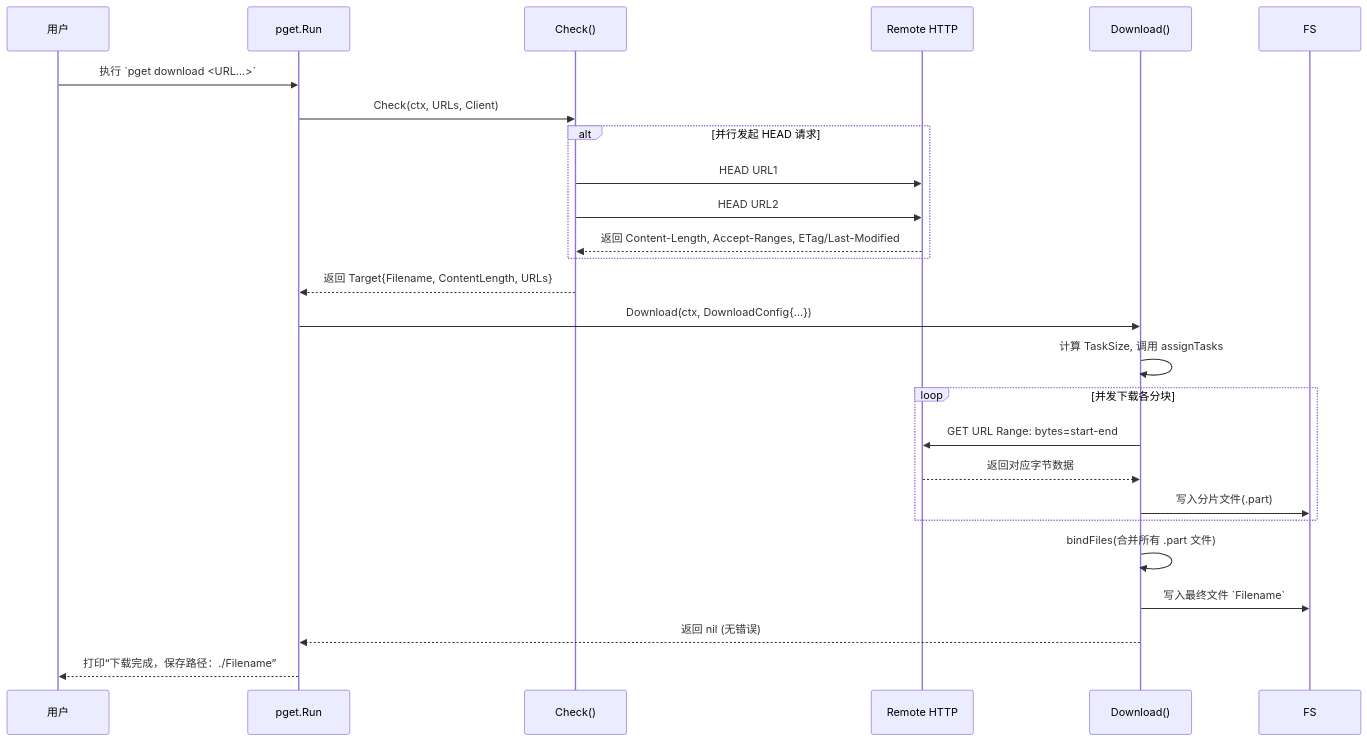
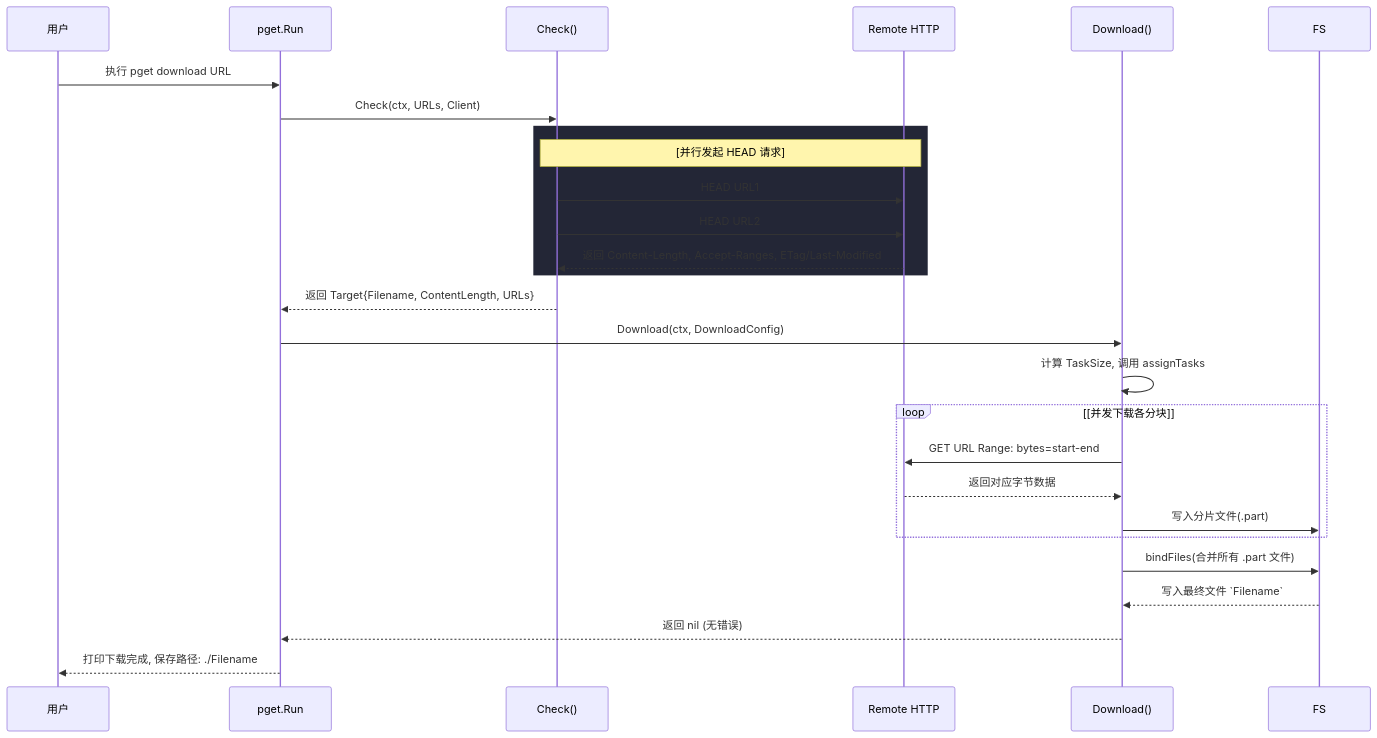
The diagram in posts/2025/pget.md (howard12358/expression), drawn with Mermaid before and after one commit. The commit also changed other lines of this file and 9 other files, not shown here.

Commit message:
feat(mermaid): 支持原生语法并完善多图交互预览

````diff
--- a/posts/2025/pget.md
+++ b/posts/2025/pget.md
@@ -57,29 +54,34 @@
 ```mermaid
 sequenceDiagram
-    participant 用户
-    participant CLI as pget.Run
-    participant Check模块 as Check()
-    participant 远程资源 as Remote HTTP
-    participant Download模块 as Download()
-    participant 文件系统 as FS
+    participant U as 用户
+    participant P as pget.Run
+    participant C as Check()
+    participant R as Remote HTTP
+    participant D as Download()
+    participant F as FS
 
-    用户->>CLI: 执行 `pget download <URL…>`
-    CLI->>Check模块: Check(ctx, URLs, Client)
-    alt 并行发起 HEAD 请求
-        Check模块->>远程资源: HEAD URL1
-        Check模块->>远程资源: HEAD URL2
-        远程资源-->>Check模块: 返回 Content-Length, Accept-Ranges, ETag/Last-Modified
+    U->>P: 执行 pget download URL
+    P->>C: Check(ctx, URLs, Client)
+
+    rect rgb(35, 38, 54)
+        Note over C,R: [并行发起 HEAD 请求]
+        C->>R: HEAD URL1
+        C->>R: HEAD URL2
+        R-->>C: 返回 Content-Length, Accept-Ranges, ETag/Last-Modified
     end
-    Check模块-->>CLI: 返回 Target{Filename, ContentLength, URLs}
-    CLI->>Download模块: Download(ctx, DownloadConfig{…})
-    Download模块->>Download模块: 计算 TaskSize, 调用 assignTasks
-    loop 并发下载各分块
-        Download模块->>远程资源: GET URL   Range: bytes=start-end
-        远程资源-->>Download模块: 返回对应字节数据
-        Download模块->>文件系统: 写入分片文件(.part)
+
+    C-->>P: 返回 Target{Filename, ContentLength, URLs}
+    P->>D: Download(ctx, DownloadConfig)
+    D->>D: 计算 TaskSize, 调用 assignTasks
+
+    loop [并发下载各分块]
+        D->>R: GET URL Range: bytes=start-end
+        R-->>D: 返回对应字节数据
+        D->>F: 写入分片文件(.part)
     end
-    Download模块->>Download模块: bindFiles(合并所有 .part 文件)
-    Download模块->>文件系统: 写入最终文件 `Filename`
-    Download模块-->>CLI: 返回 nil (无错误)
-    CLI-->>用户: 打印“下载完成，保存路径：./Filename”
+
+    D->>F: bindFiles(合并所有 .part 文件)
+    F-->>D: 写入最终文件 `Filename`
+    D-->>P: 返回 nil (无错误)
+    P-->>U: 打印下载完成, 保存路径: ./Filename
 ```
````
